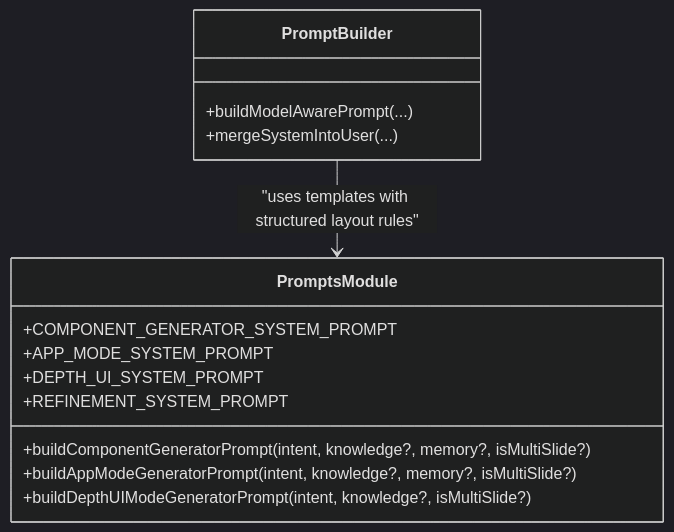
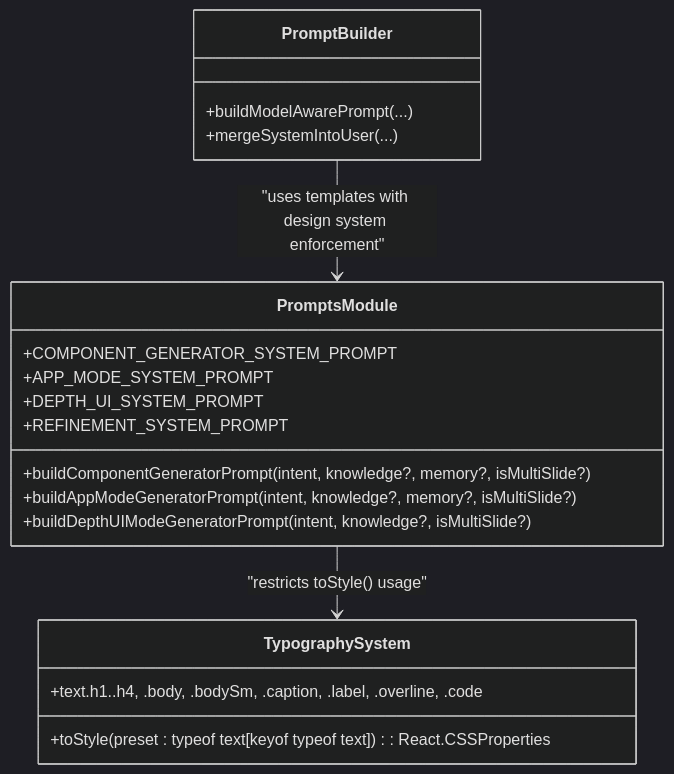
One commit to shekhargiri005-dotcom/AI-powered-accessibility-first-UI-engine changed the fourth of 11 diagrams in .qoder/repowiki/en/content/AI Generation Engine/Core Generation Pipeline/Prompt Engineering & Context Injection.md. Above: the diagram before and after it, drawn with Mermaid (dark theme). The commit also changed other lines of this file and 24 other files, not shown here.

````diff
--- a/.qoder/repowiki/en/content/AI Generation Engine/Core Generation Pipeline/Prompt Engineering & Context Injection.md
+++ b/.qoder/repowiki/en/content/AI Generation Engine/Core Generation Pipeline/Prompt Engineering & Context Injection.md
@@ -226,17 +253,22 @@
 ```mermaid
 classDiagram
 class PromptsModule {
 +COMPONENT_GENERATOR_SYSTEM_PROMPT
 +APP_MODE_SYSTEM_PROMPT
 +DEPTH_UI_SYSTEM_PROMPT
 +REFINEMENT_SYSTEM_PROMPT
 +buildComponentGeneratorPrompt(intent, knowledge?, memory?, isMultiSlide?)
 +buildAppModeGeneratorPrompt(intent, knowledge?, memory?, isMultiSlide?)
 +buildDepthUIModeGeneratorPrompt(intent, knowledge?, isMultiSlide?)
 }
 class PromptBuilder {
 +buildModelAwarePrompt(...)
 +mergeSystemIntoUser(...)
 }
-PromptBuilder --> PromptsModule : "uses templates with structured layout rules"
+class TypographySystem {
++text.h1..h4, .body, .bodySm, .caption, .label, .overline, .code
++toStyle(preset : typeof text[keyof typeof text]) : React.CSSProperties
+}
+PromptBuilder --> PromptsModule : "uses templates with design system enforcement"
+PromptsModule --> TypographySystem : "restricts toStyle() usage"
 ```
````
